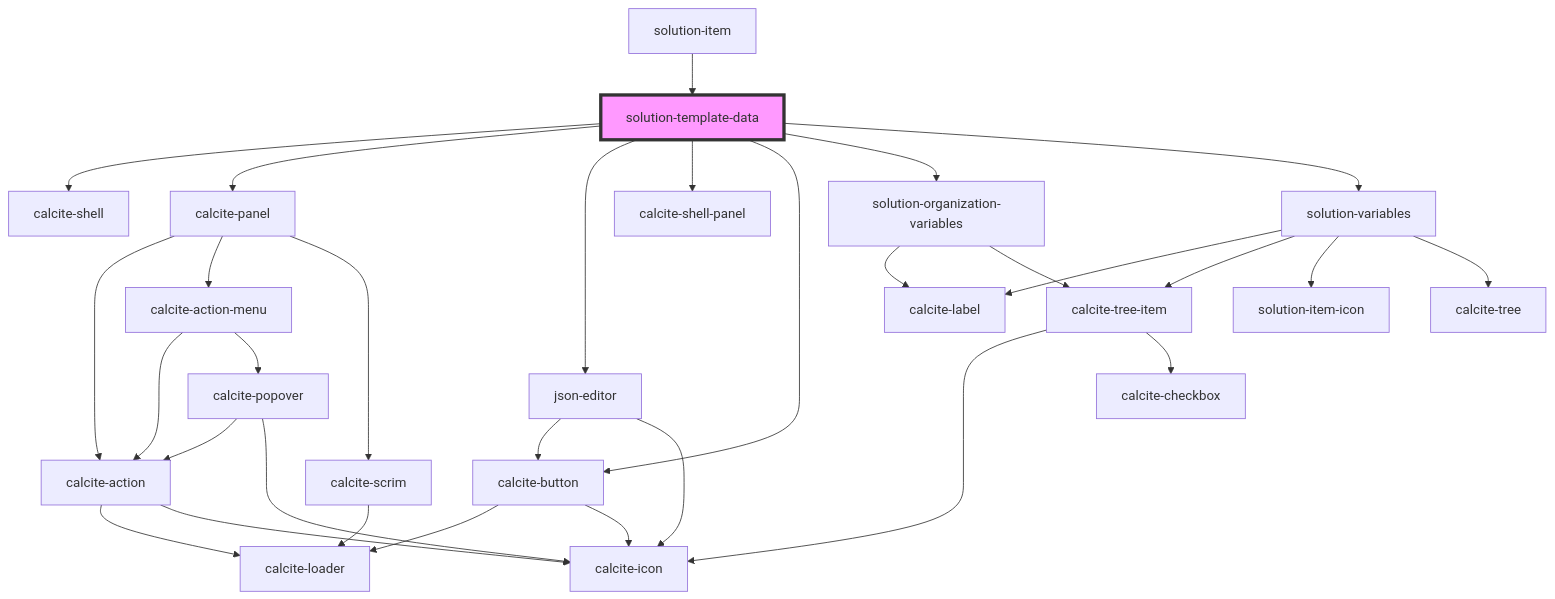
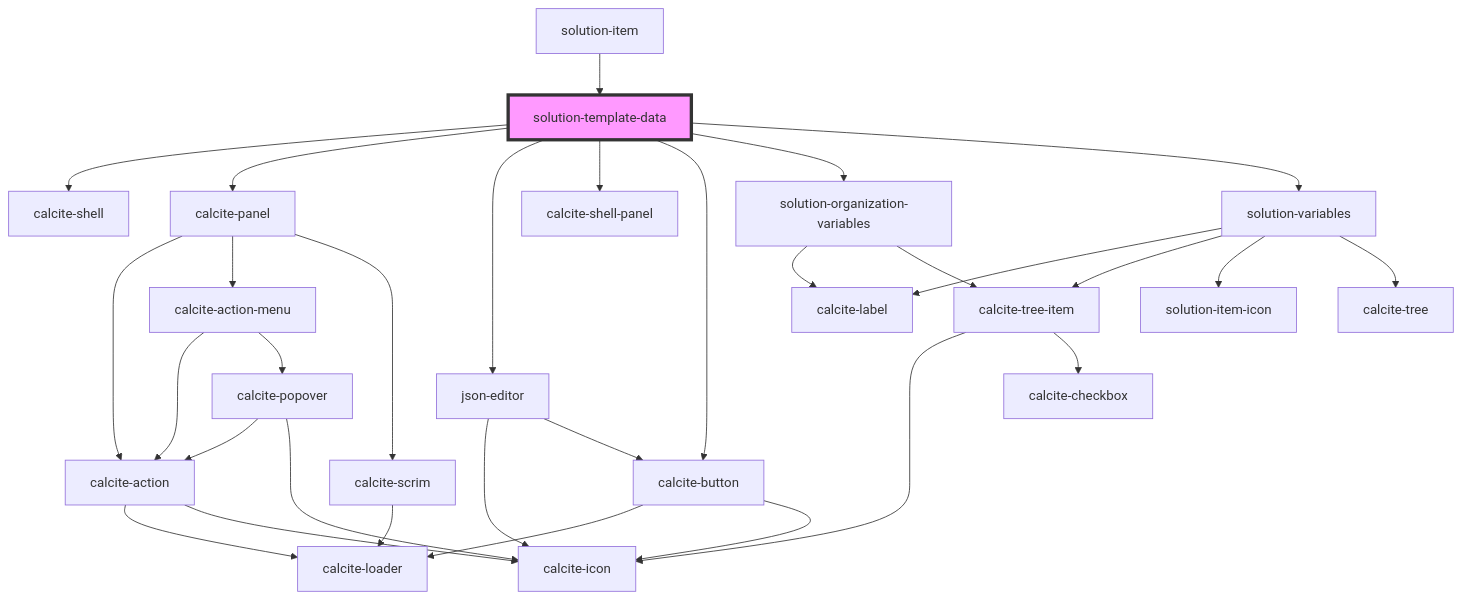
The diagram in src/components/solution-template-data/readme.md (Esri/solutions-components), drawn with Mermaid before and after one commit. The commit also changed other lines of this file and 9 other files, not shown here.

````diff
--- a/src/components/solution-template-data/readme.md
+++ b/src/components/solution-template-data/readme.md
@@ -38,34 +38,34 @@
 ```mermaid
 graph TD;
   solution-template-data --> calcite-shell
   solution-template-data --> calcite-panel
   solution-template-data --> json-editor
   solution-template-data --> calcite-shell-panel
   solution-template-data --> calcite-button
   solution-template-data --> solution-organization-variables
   solution-template-data --> solution-variables
   calcite-panel --> calcite-action
   calcite-panel --> calcite-action-menu
   calcite-panel --> calcite-scrim
   calcite-action --> calcite-loader
   calcite-action --> calcite-icon
   calcite-action-menu --> calcite-action
   calcite-action-menu --> calcite-popover
   calcite-popover --> calcite-action
   calcite-popover --> calcite-icon
   calcite-scrim --> calcite-loader
+  json-editor --> calcite-icon
   json-editor --> calcite-button
-  json-editor --> calcite-icon
   calcite-button --> calcite-loader
   calcite-button --> calcite-icon
   solution-organization-variables --> calcite-label
   solution-organization-variables --> calcite-tree-item
   calcite-tree-item --> calcite-icon
   calcite-tree-item --> calcite-checkbox
   solution-variables --> calcite-label
   solution-variables --> calcite-tree-item
   solution-variables --> solution-item-icon
   solution-variables --> calcite-tree
   solution-item --> solution-template-data
   style solution-template-data fill:#f9f,stroke:#333,stroke-width:4px
 ```
````
